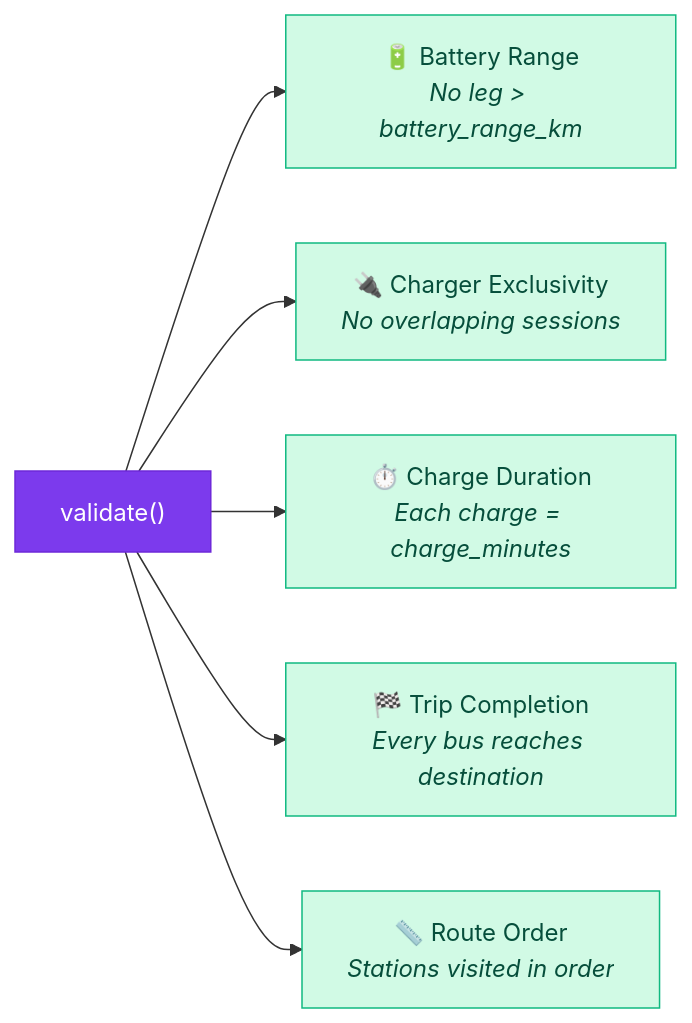
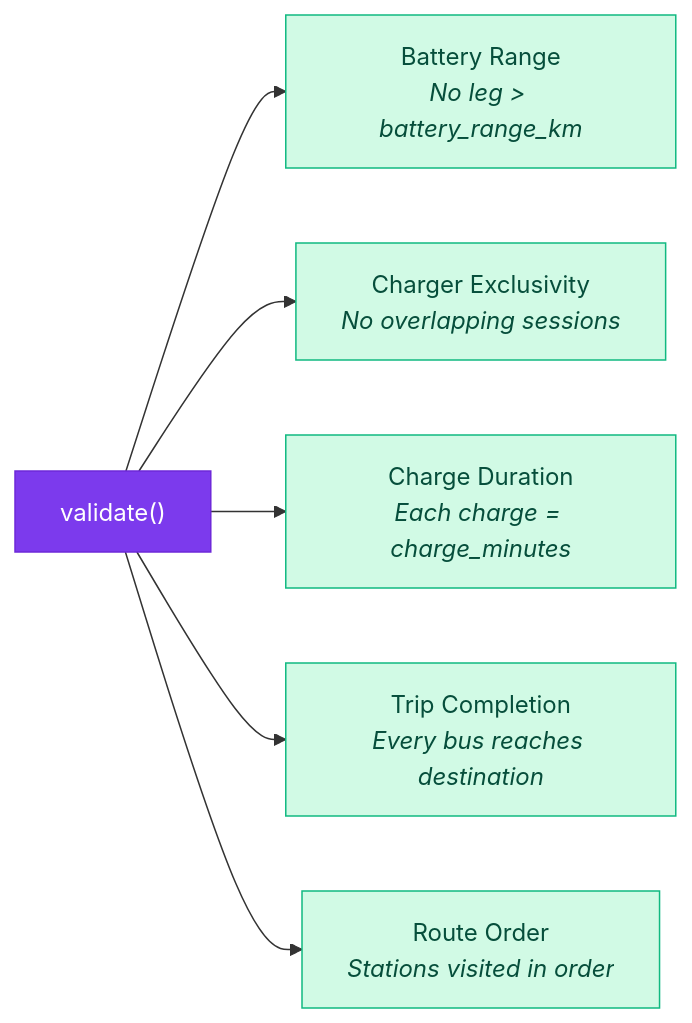
Before and after one commit to mukulgupta11/bus_charging_scheduler: diagram 12 of 13 in ARCHITECTURE.md, drawn with Mermaid. The commit also changed other lines of this file and 3 other files, not shown here.

````diff
--- a/ARCHITECTURE.md
+++ b/ARCHITECTURE.md
@@ -682,15 +682,15 @@
 ```mermaid
 graph LR
-    V["validate()"] --> R1["🔋 Battery Range<br/><i>No leg > battery_range_km</i>"]
-    V --> R2["🔌 Charger Exclusivity<br/><i>No overlapping sessions</i>"]
-    V --> R3["⏱️ Charge Duration<br/><i>Each charge = charge_minutes</i>"]
-    V --> R4["🏁 Trip Completion<br/><i>Every bus reaches destination</i>"]
-    V --> R5["📏 Route Order<br/><i>Stations visited in order</i>"]
+    V["validate()"] --> R1["Battery Range<br/><i>No leg > battery_range_km</i>"]
+    V --> R2["Charger Exclusivity<br/><i>No overlapping sessions</i>"]
+    V --> R3["Charge Duration<br/><i>Each charge = charge_minutes</i>"]
+    V --> R4["Trip Completion<br/><i>Every bus reaches destination</i>"]
+    V --> R5["Route Order<br/><i>Stations visited in order</i>"]
 
     style V fill:#7C3AED,color:#fff,stroke:#6D28D9
     style R1 fill:#D1FAE5,stroke:#10B981,color:#064E3B
     style R2 fill:#D1FAE5,stroke:#10B981,color:#064E3B
     style R3 fill:#D1FAE5,stroke:#10B981,color:#064E3B
     style R4 fill:#D1FAE5,stroke:#10B981,color:#064E3B
     style R5 fill:#D1FAE5,stroke:#10B981,color:#064E3B
 ```
````
